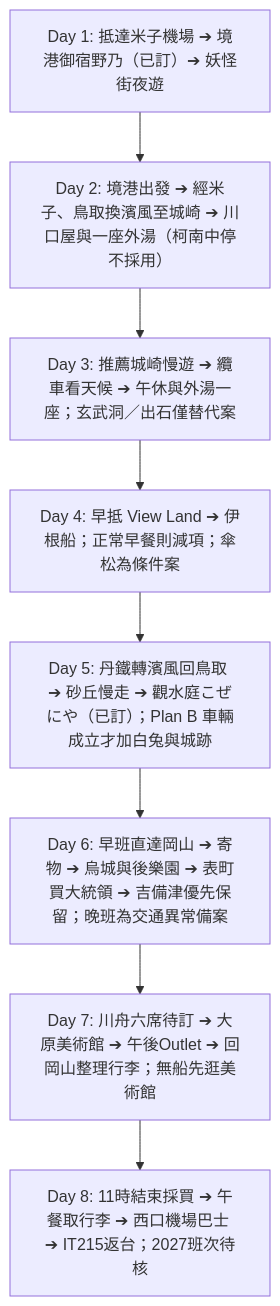
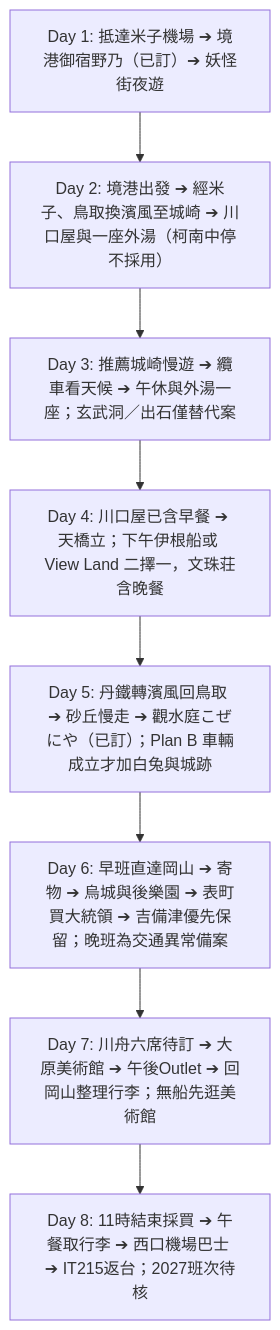
One commit to iamkeith001/sanin-trip-2027 changed the diagram in README.md. Above: the diagram before and after it, drawn with Mermaid. The commit also changed other lines of this file and 6 other files, not shown here.

````diff
--- a/README.md
+++ b/README.md
@@ -49,10 +61,10 @@
 ```mermaid
 graph TD
     Day1[Day 1: 抵達米子機場 ➔ 境港御宿野乃（已訂）➔ 妖怪街夜遊] --> Day2[Day 2: 境港出發 ➔ 經米子、鳥取換濱風至城崎 ➔ 川口屋與一座外湯（柯南中停不採用）]
     Day2 --> Day3[Day 3: 推薦城崎慢遊 ➔ 纜車看天候 ➔ 午休與外湯一座；玄武洞／出石僅替代案]
-    Day3 --> Day4[Day 4: 早抵 View Land ➔ 伊根船；正常早餐則減項；傘松為條件案]
+    Day3 --> Day4[Day 4: 川口屋已含早餐 ➔ 天橋立；下午伊根船或 View Land 二擇一，文珠荘含晚餐]
     Day4 --> Day5[Day 5: 丹鐵轉濱風回鳥取 ➔ 砂丘慢走 ➔ 觀水庭こぜにや（已訂）；Plan B 車輛成立才加白兔與城跡]
     Day5 --> Day6[Day 6: 早班直達岡山 ➔ 寄物 ➔ 烏城與後樂園 ➔ 表町買大統領 ➔ 吉備津優先保留；晚班為交通異常備案]
     Day6 --> Day7[Day 7: 川舟六席待訂 ➔ 大原美術館 ➔ 午後Outlet ➔ 回岡山整理行李；無船先逛美術館]
     Day7 --> Day8[Day 8: 11時結束採買 ➔ 午餐取行李 ➔ 西口機場巴士 ➔ IT215返台；2027班次待核]
 ```
````
